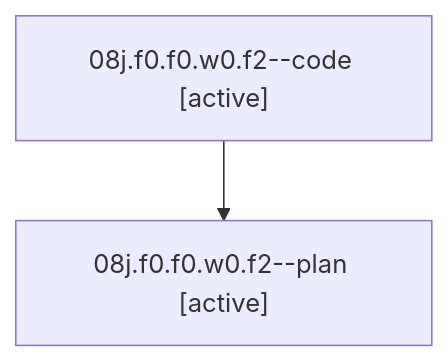
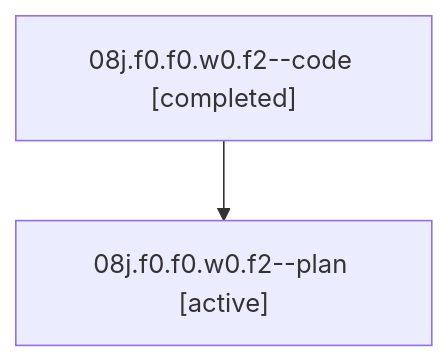
The diagram in sessions/bbugyi200.athena.08j.f0.f0.w0.f2.md (bobs-org/bob-cli--agents), drawn with Mermaid before and after one commit. The commit also changed other lines of this file and 29 other files, not shown here.

````diff
--- a/sessions/bbugyi200.athena.08j.f0.f0.w0.f2.md
+++ b/sessions/bbugyi200.athena.08j.f0.f0.w0.f2.md
@@ -9,6 +9,6 @@
 ```mermaid
 flowchart TD
-  n0["08j.f0.f0.w0.f2--code [active]"]
+  n0["08j.f0.f0.w0.f2--code [completed]"]
   n1["08j.f0.f0.w0.f2--plan [active]"]
   n0 --> n1
 ```
````
